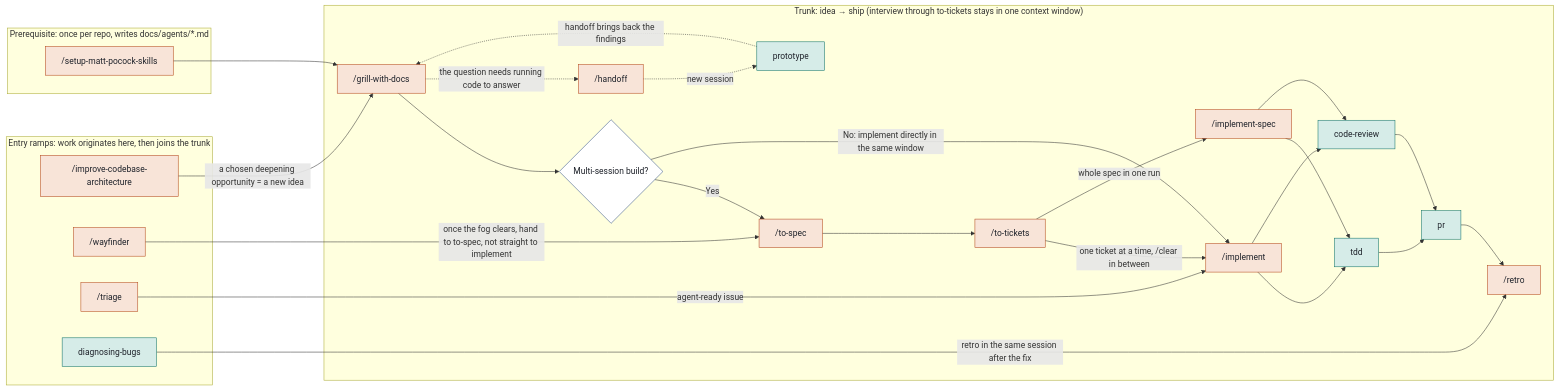
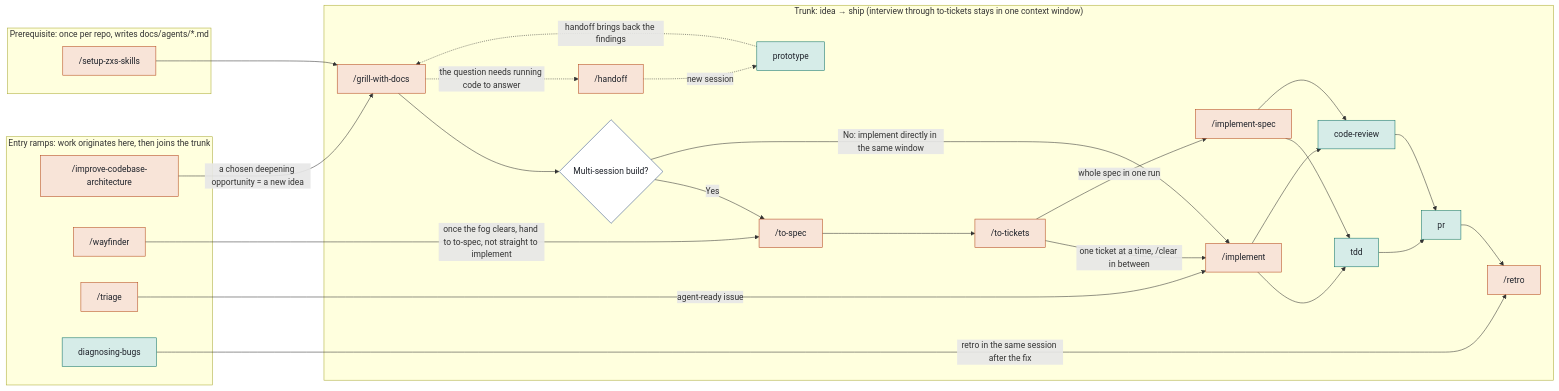
The first of 3 diagrams in SKILLS-MAP.md (zxsong111/skills), drawn with Mermaid before and after one commit. The commit also changed other lines of this file and 91 other files, not shown here.

First line of the commit message:
rebrand to zxs-skills and hard-fork from mattpocock/skills

````diff
--- a/SKILLS-MAP.md
+++ b/SKILLS-MAP.md
@@ -11,48 +11,48 @@
 ```mermaid
 flowchart LR
   classDef user fill:#f8e4d8,stroke:#b4471a,color:#1e222a
   classDef model fill:#d6ece8,stroke:#0f7268,color:#1e222a
   classDef q fill:#fff,stroke:#2f4f85,color:#1e222a
 
   subgraph pre["Prerequisite: once per repo, writes docs/agents/*.md"]
-    setup["/setup-matt-pocock-skills"]:::user
+    setup["/setup-zxs-skills"]:::user
   end
 
   subgraph ramps["Entry ramps: work originates here, then joins the trunk"]
     improve["/improve-codebase-architecture"]:::user
     way["/wayfinder"]:::user
     triage["/triage"]:::user
     diag["diagnosing-bugs"]:::model
   end
 
   subgraph main["Trunk: idea → ship (interview through to-tickets stays in one context window)"]
     grill["/grill-with-docs"]:::user
     q1{"Multi-session build?"}:::q
     spec["/to-spec"]:::user
     tickets["/to-tickets"]:::user
     impl["/implement"]:::user
     implspec["/implement-spec"]:::user
     tdd["tdd"]:::model
     review["code-review"]:::model
     pr["pr"]:::model
     retro["/retro"]:::user
     handoff["/handoff"]:::user
     proto["prototype"]:::model
 
     grill --> q1
     q1 -- Yes --> spec --> tickets
     tickets -- "one ticket at a time, /clear in between" --> impl
     tickets -- "whole spec in one run" --> implspec
     q1 -- "No: implement directly in the same window" --> impl
     impl --> tdd & review
     implspec --> tdd & review
     tdd & review --> pr --> retro
     grill -. "the question needs running code to answer" .-> handoff -. "new session" .-> proto -. "handoff brings back the findings" .-> grill
   end
 
   setup --> grill
   improve -- "a chosen deepening opportunity = a new idea" --> grill
   way -- "once the fog clears, hand to to-spec, not straight to implement" --> spec
   triage -- "agent-ready issue" --> impl
   diag -- "retro in the same session after the fix" --> retro
 ```
````
